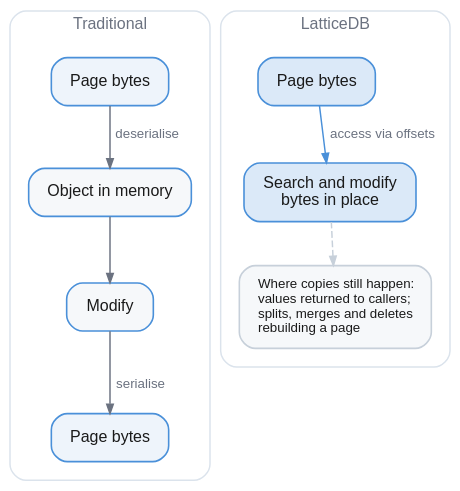
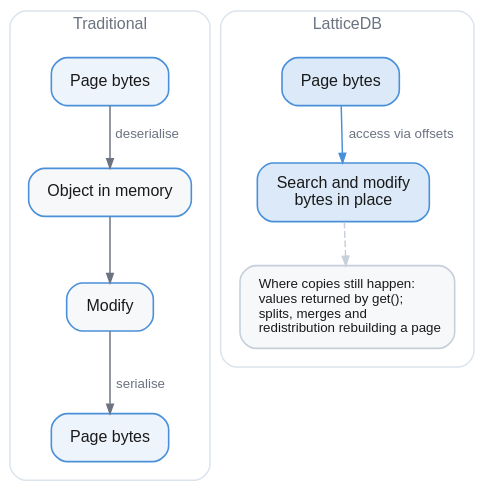
Before and after one commit to jeffhajewski/latticedb: the diagram in book/diagrams/zero-copy-pages.dot, drawn with Graphviz. The commit also changed 2 other files, not shown here.

Commit message:
Show the flush journal in the engine stack, and stop saying deletes rebuild pages
Every flush of the buffer pool is now copied to <database>-journal before
the pages are written in place, so the stack diagram gains a journal beside
the page manager. Leaf deletes now remove the entry inside the page, so the
two page-access diagrams no longer list deletes among the operations that
rebuild a page from a temporary entry list.

```diff
--- a/book/diagrams/zero-copy-pages.dot
+++ b/book/diagrams/zero-copy-pages.dot
@@ -1,39 +1,40 @@
-// Page access without node objects: searches and in-place inserts work on the
-// page bytes; values handed out and page rebuilds still copy.
+// Page access without node objects: searches, in-place inserts and leaf
+// deletes work on the page bytes; values handed out and page rebuilds (split,
+// merge, redistribution) still copy.
 digraph zero_copy_pages {
   bgcolor="transparent"
   rankdir=TB
   nodesep=0.4
   ranksep=0.45
   fontname="Helvetica,Arial,sans-serif"
   node [shape=box style="filled,rounded" fillcolor="#eef4fb" color="#4a90d9"
         penwidth=1.2 fontname="Helvetica,Arial,sans-serif" fontsize=12
         fontcolor="#1a1a1a" margin="0.20,0.12"]
   edge [color="#6b7280" penwidth=1.1 arrowsize=0.7
         fontname="Helvetica,Arial,sans-serif" fontsize=10 fontcolor="#6b7280"]
 
   subgraph cluster_trad {
     label="Traditional"
     fontname="Helvetica,Arial,sans-serif" fontsize=12 fontcolor="#6b7280"
     color="#dbe3ec" penwidth=1.1 style=rounded margin=14
     a1 [label="Page bytes"]
     a2 [label="Object in memory" fillcolor="#f6f8fa"]
     a3 [label="Modify" fillcolor="#f6f8fa"]
     a4 [label="Page bytes"]
     a1 -> a2 [label="  deserialise"]
     a2 -> a3
     a3 -> a4 [label="  serialise"]
   }
 
   subgraph cluster_ours {
     label="LatticeDB"
     fontname="Helvetica,Arial,sans-serif" fontsize=12 fontcolor="#6b7280"
     color="#dbe3ec" penwidth=1.1 style=rounded margin=14
     b1 [label="Page bytes" fillcolor="#dbe9f8"]
     b2 [label="Search and modify\nbytes in place" fillcolor="#dbe9f8"]
-    b3 [label="Where copies still happen:\lvalues returned to callers;\lsplits, merges and deletes\lrebuilding a page\l"
+    b3 [label="Where copies still happen:\lvalues returned by get();\lsplits, merges and\lredistribution rebuilding a page\l"
         fillcolor="#f6f8fa" color="#c7d0da" fontsize=10]
     b1 -> b2 [label="  access via offsets" color="#4a90d9"]
     b2 -> b3 [style=dashed color="#c7d0da"]
   }
 }
```
